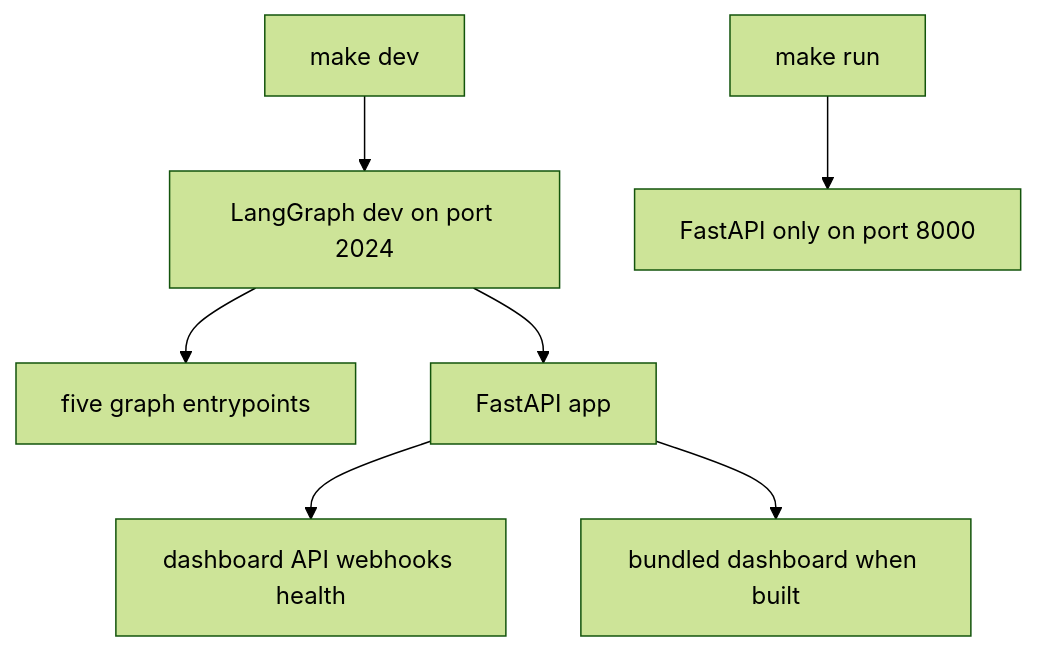
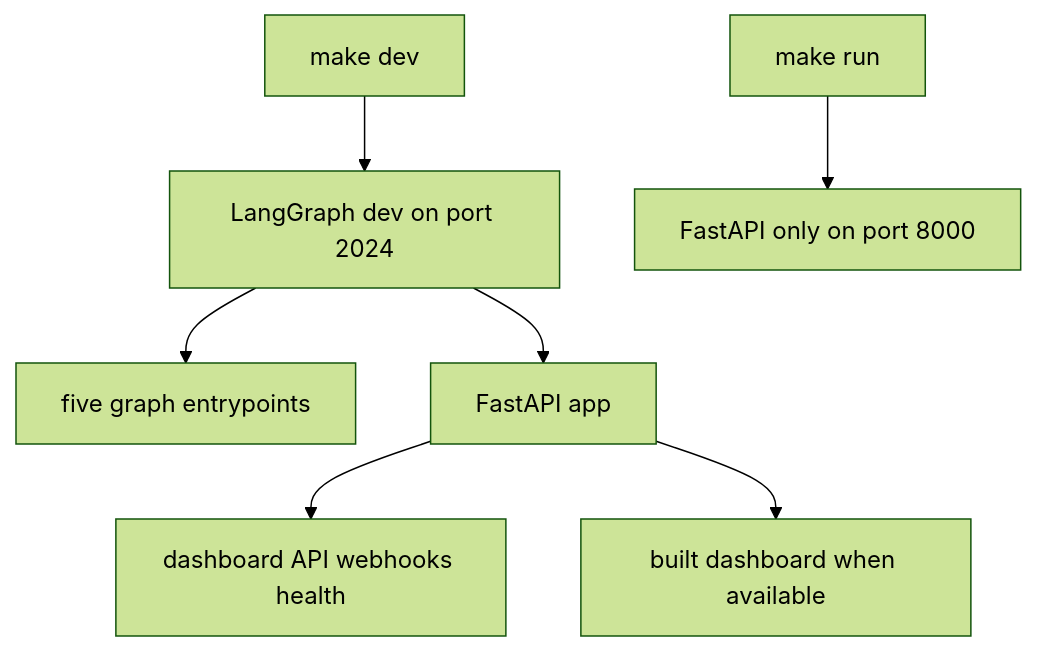
One commit to langchain-ai/open-swe changed the first of 2 diagrams in openwiki/operations/deployment.md. Above: the diagram before and after it, drawn with Mermaid (forest theme). The commit also changed other lines of this file and 51 other files, not shown here.

````diff
--- a/openwiki/operations/deployment.md
+++ b/openwiki/operations/deployment.md
@@ -88,9 +84,9 @@
 ```mermaid
 flowchart TD
-  Full["make dev"] --> LG["LangGraph dev on port 2024"]
-  LG --> Graphs["five graph entrypoints"]
-  LG --> API["FastAPI app"]
-  API --> Routes["dashboard API webhooks health"]
-  API --> UI["bundled dashboard when built"]
-  HTTP["make run"] --> Uvicorn["FastAPI only on port 8000"]
+  Full["make dev"] --> Runtime["LangGraph dev on port 2024"]
+  Runtime --> Graphs["five graph entrypoints"]
+  Runtime --> App["FastAPI app"]
+  App --> Custom["dashboard API webhooks health"]
+  App --> BuiltUI["built dashboard when available"]
+  Narrow["make run"] --> HTTPOnly["FastAPI only on port 8000"]
 ```
````
